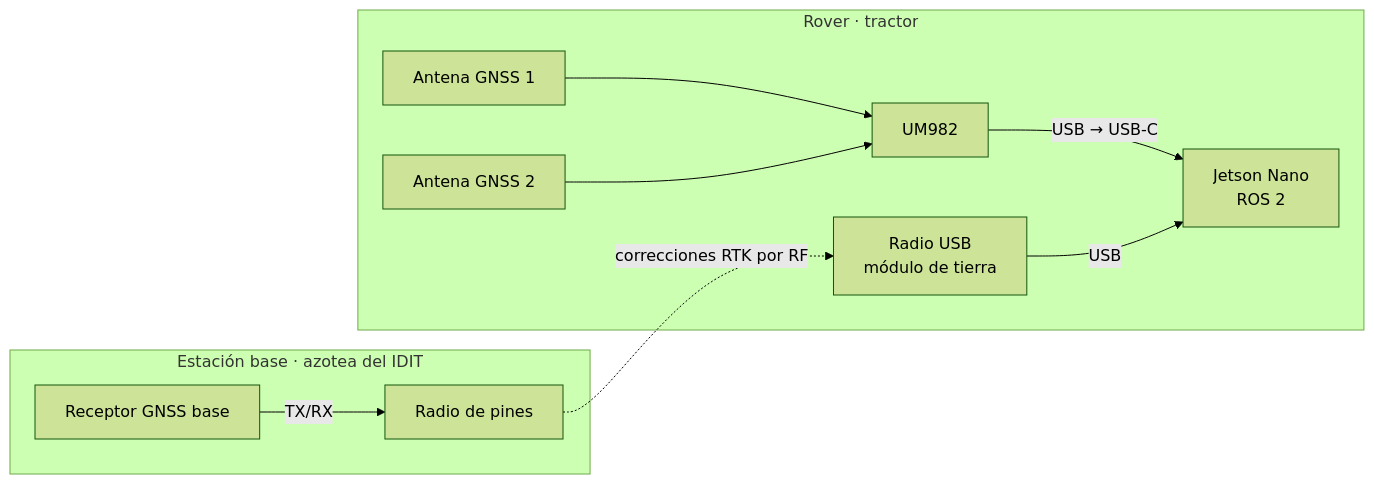
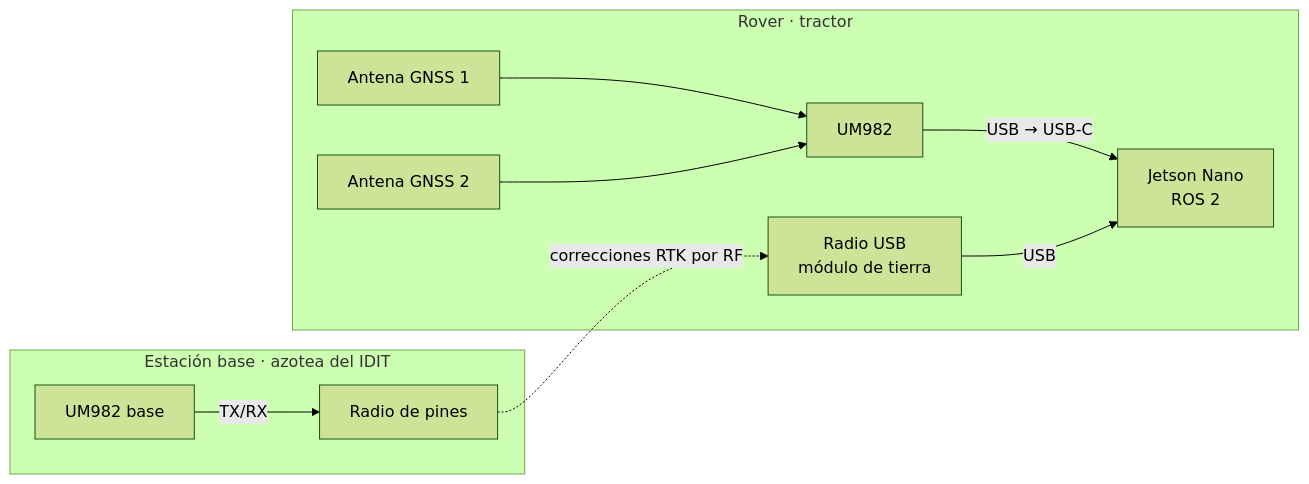
One commit to BrianSimpson01/Agrotecnologias-abiertas-para-mexico- changed the second of 2 diagrams in docs/tablero.md. Above: the diagram before and after it, drawn with Mermaid (forest theme). The commit also changed other lines of this file, not shown here.

Commit message:
Baudios del enlace de radio

````diff
--- a/docs/tablero.md
+++ b/docs/tablero.md
@@ -45,14 +45,14 @@
 ```mermaid
 flowchart LR
     subgraph BASE[Estación base · azotea del IDIT]
-        BGNSS[Receptor GNSS base] -->|TX/RX| BRAD[Radio de pines]
+        BGNSS[UM982 base] -->|TX/RX| BRAD[Radio de pines]
     end
     subgraph ROVER[Rover · tractor]
         A1[Antena GNSS 1] --> UM[UM982]
         A2[Antena GNSS 2] --> UM
         RRAD[Radio USB<br/>módulo de tierra]
         UM -->|USB → USB-C| JET[Jetson Nano<br/>ROS 2]
         RRAD -->|USB| JET
     end
     BRAD -. correcciones RTK por RF .-> RRAD
 ```
````
